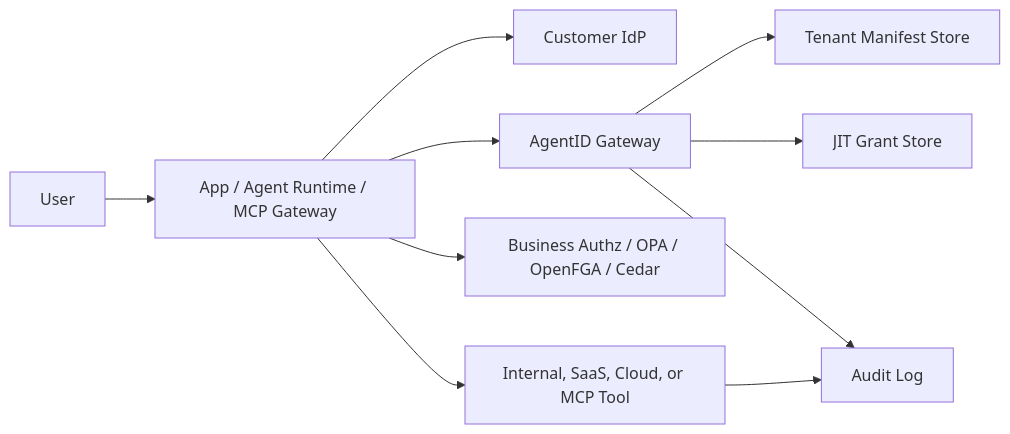
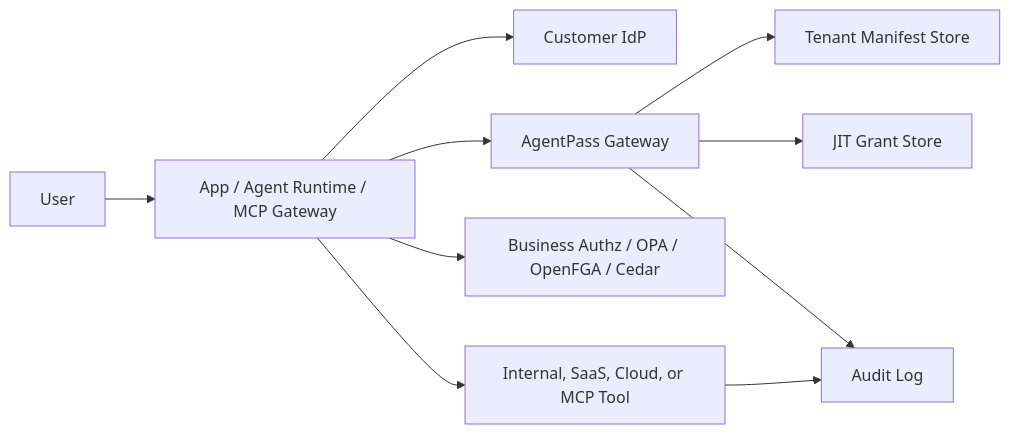
The diagram in docs/integration-patterns.md (dinpd/AgentAction), drawn with Mermaid before and after one commit. The commit also changed other lines of this file and 69 other files, not shown here.

Commit message:
Rename public brand to AgentPass

````diff
--- a/docs/integration-patterns.md
+++ b/docs/integration-patterns.md
@@ -15,22 +15,22 @@
 ```mermaid
 flowchart LR
     User["User"]
     App["App / Agent Runtime / MCP Gateway"]
     IdP["Customer IdP"]
-    AgentID["AgentID Gateway"]
+    AgentPass["AgentPass Gateway"]
     Manifest["Tenant Manifest Store"]
     JIT["JIT Grant Store"]
     Authz["Business Authz / OPA / OpenFGA / Cedar"]
     Tool["Internal, SaaS, Cloud, or MCP Tool"]
     Audit["Audit Log"]
 
     User --> App
     App --> IdP
-    App --> AgentID
-    AgentID --> Manifest
-    AgentID --> JIT
-    AgentID --> Audit
+    App --> AgentPass
+    AgentPass --> Manifest
+    AgentPass --> JIT
+    AgentPass --> Audit
     App --> Authz
     App --> Tool
     Tool --> Audit
 ```
````
